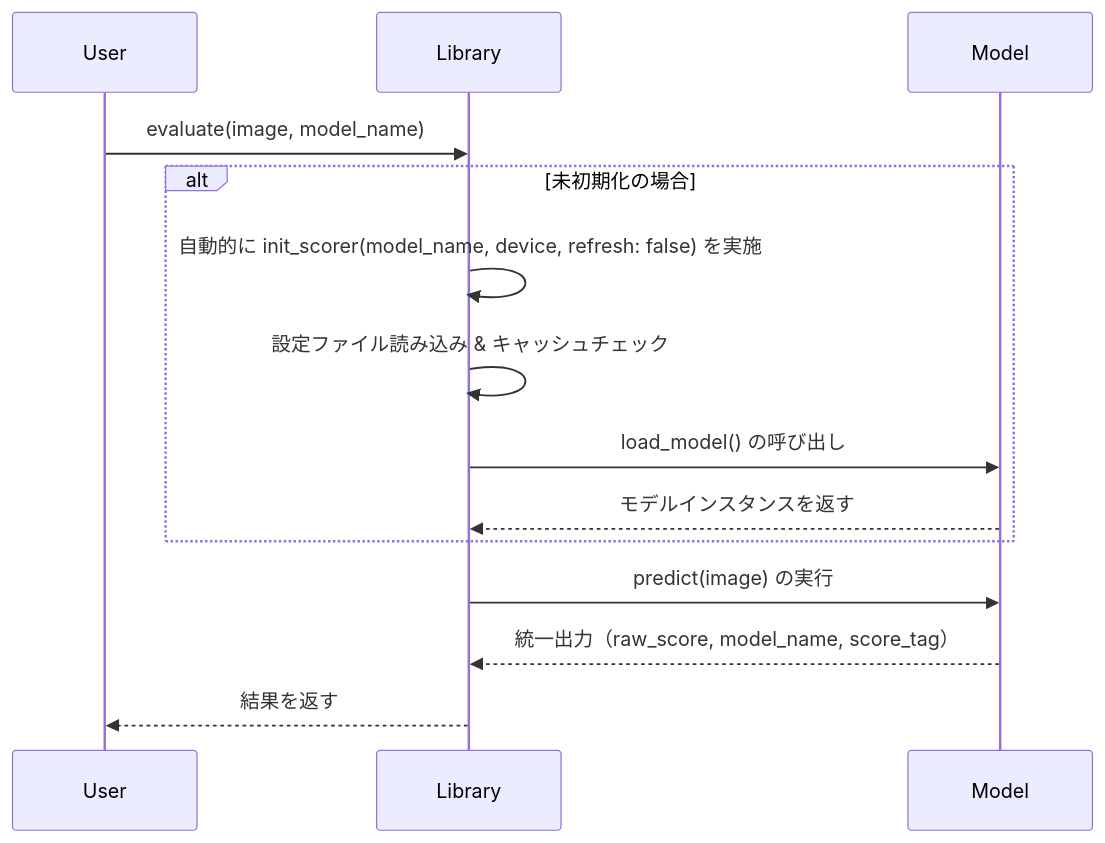
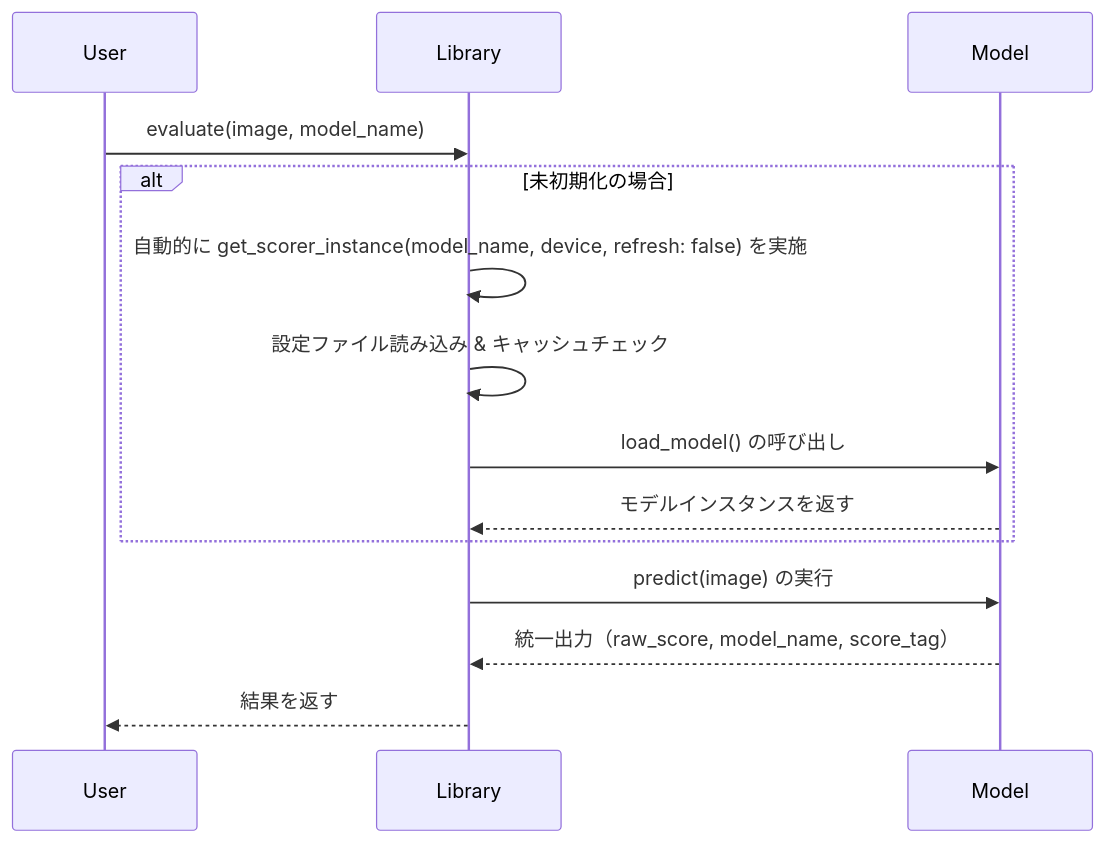
One commit to NEXTAltair/dataset-tag-editor-standalone changed the diagram in scorer-wrapper-lib/docs/Documentation_Scorer_Wrapper.md. Above: the diagram before and after it, drawn with Mermaid. The commit also changed other lines of this file and 79 other files, not shown here.

````diff
--- a/scorer-wrapper-lib/docs/Documentation_Scorer_Wrapper.md
+++ b/scorer-wrapper-lib/docs/Documentation_Scorer_Wrapper.md
@@ -55,17 +58,17 @@
 ```mermaid
 sequenceDiagram
     participant User
     participant Library
     participant Model
 
     User->>Library: evaluate(image, model_name)
     alt 未初期化の場合
-        Library->>Library: 自動的に init_scorer(model_name, device, refresh: false) を実施
+        Library->>Library: 自動的に get_scorer_instance(model_name, device, refresh: false) を実施
         Library->>Library: 設定ファイル読み込み & キャッシュチェック
         Library->>Model: load_model() の呼び出し
         Model-->>Library: モデルインスタンスを返す
     end
     Library->>Model: predict(image) の実行
     Model-->>Library: 統一出力（raw_score, model_name, score_tag）
     Library-->>User: 結果を返す
 ```
````
